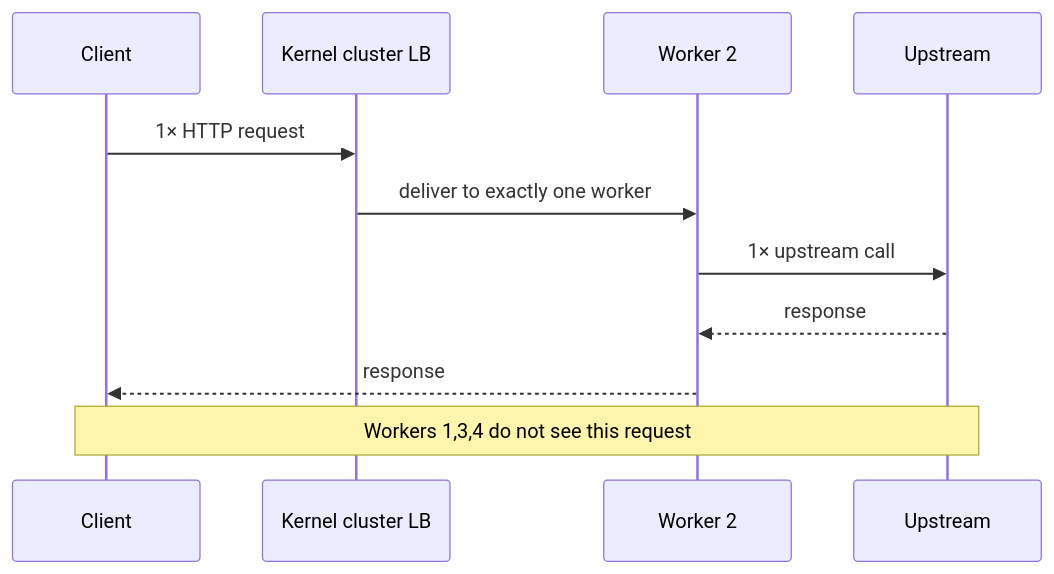
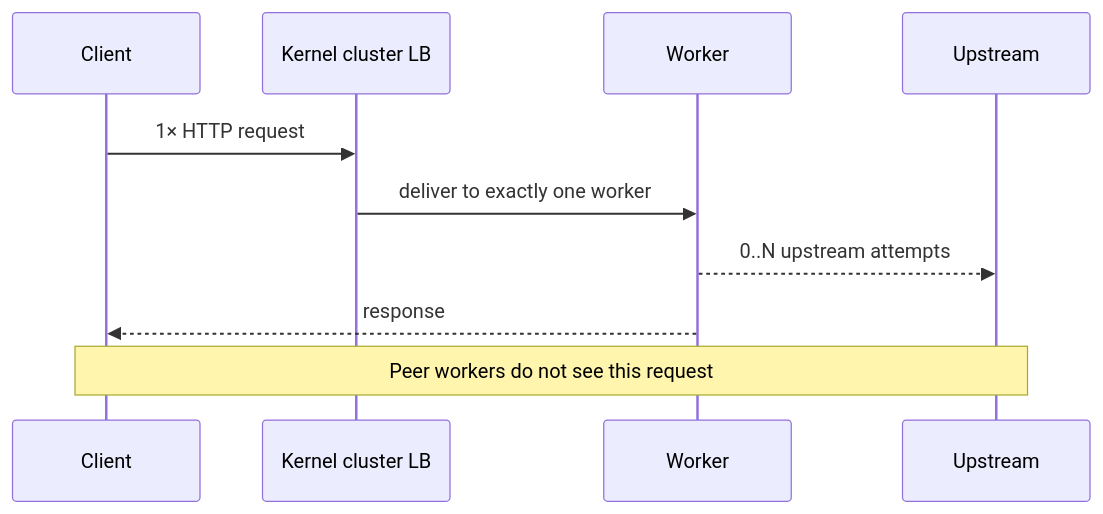
Before and after one commit to fazulfi/9router-mw: the third of 4 diagrams in docs/ARCHITECTURE-MW.md, drawn with Mermaid. The commit also changed other lines of this file and 1 other file, not shown here.

First line of the commit message:
docs(architecture): correct retry/fan-out semantics and remove deployment internals

````diff
--- a/docs/ARCHITECTURE-MW.md
+++ b/docs/ARCHITECTURE-MW.md
@@ -131,14 +126,13 @@
 ```mermaid
 sequenceDiagram
  participant C as Client
  participant LB as Kernel cluster LB
- participant W2 as Worker 2
+ participant W as Worker
  participant U as Upstream
 
  C->>LB: 1× HTTP request
- LB->>W2: deliver to exactly one worker
- W2->>U: 1× upstream call
- U-->>W2: response
- W2-->>C: response
- Note over C,U: Workers 1,3,4 do not see this request
+ LB->>W: deliver to exactly one worker
+ W-->>U: 0..N upstream attempts
+ W-->>C: response
+ Note over C,U: Peer workers do not see this request
 ```
````
